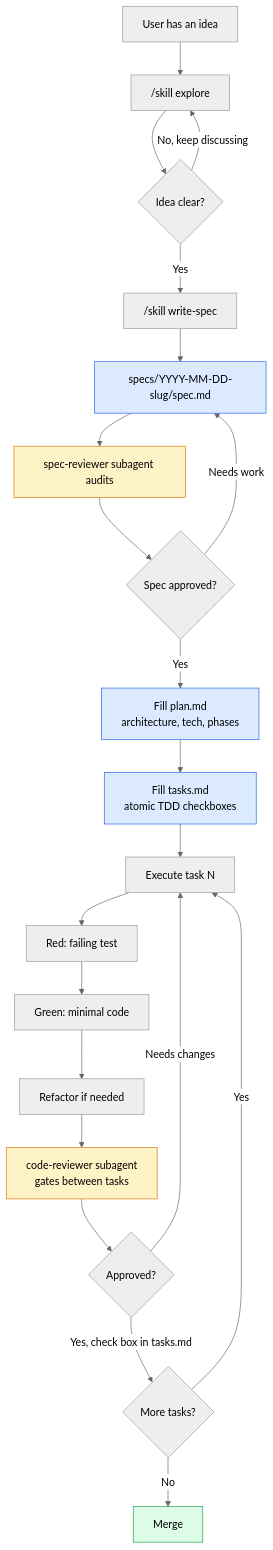
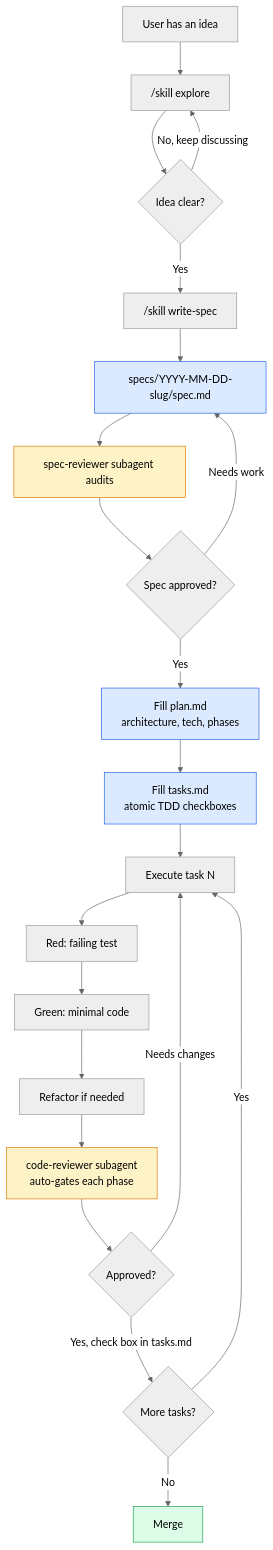
One commit to dashdanilo/claude-spec-driven-template changed the diagram in README.md. Above: the diagram before and after it, drawn with Mermaid (neutral theme). The commit also changed 5 other files, not shown here.

First line of the commit message:
feat(code-reviewer): auto-run the review as a per-phase gate

````diff
--- a/README.md
+++ b/README.md
@@ -341,30 +341,30 @@
 ```mermaid
 flowchart TD
     A["User has an idea"] --> B["/skill explore"]
     B --> C{"Idea clear?"}
     C -->|"No, keep discussing"| B
     C -->|Yes| D["/skill write-spec"]
     D --> E["specs/YYYY-MM-DD-slug/spec.md"]
     E --> F["spec-reviewer subagent audits"]
     F --> G{"Spec approved?"}
     G -->|"Needs work"| E
     G -->|Yes| H["Fill plan.md<br/>architecture, tech, phases"]
     H --> I["Fill tasks.md<br/>atomic TDD checkboxes"]
     I --> J["Execute task N"]
     J --> K["Red: failing test"]
     K --> L["Green: minimal code"]
     L --> M["Refactor if needed"]
-    M --> N["code-reviewer subagent<br/>gates between tasks"]
+    M --> N["code-reviewer subagent<br/>auto-gates each phase"]
     N --> O{"Approved?"}
     O -->|"Needs changes"| J
     O -->|"Yes, check box in tasks.md"| P{"More tasks?"}
     P -->|Yes| J
     P -->|No| Q["Merge"]
 
     style E fill:#dbeafe,stroke:#2563eb
     style H fill:#dbeafe,stroke:#2563eb
     style I fill:#dbeafe,stroke:#2563eb
     style F fill:#fef3c7,stroke:#d97706
     style N fill:#fef3c7,stroke:#d97706
     style Q fill:#dcfce7,stroke:#16a34a
 ```
````
